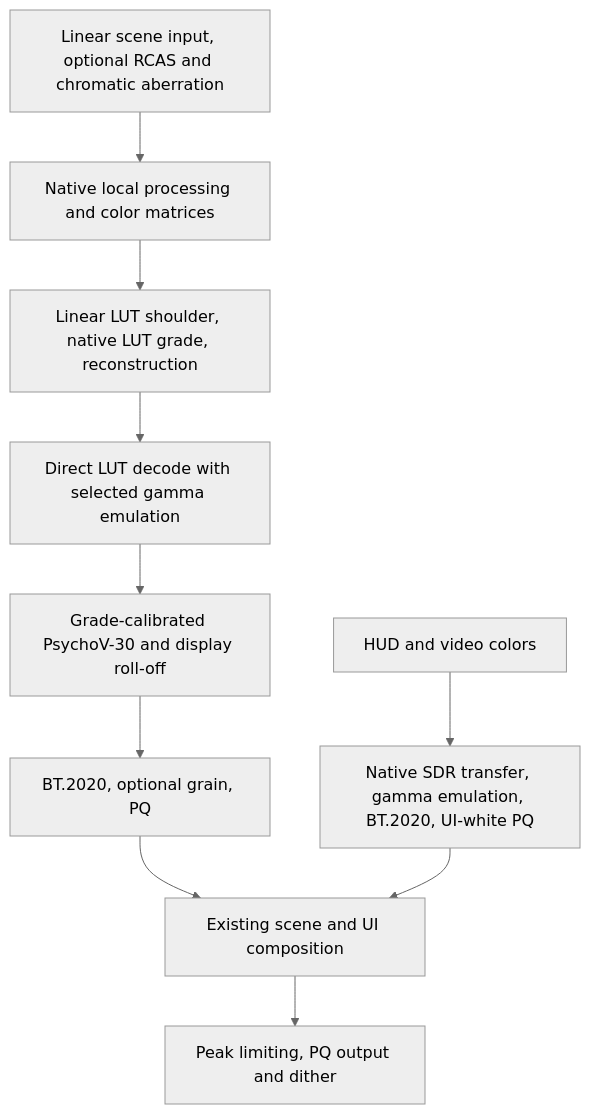
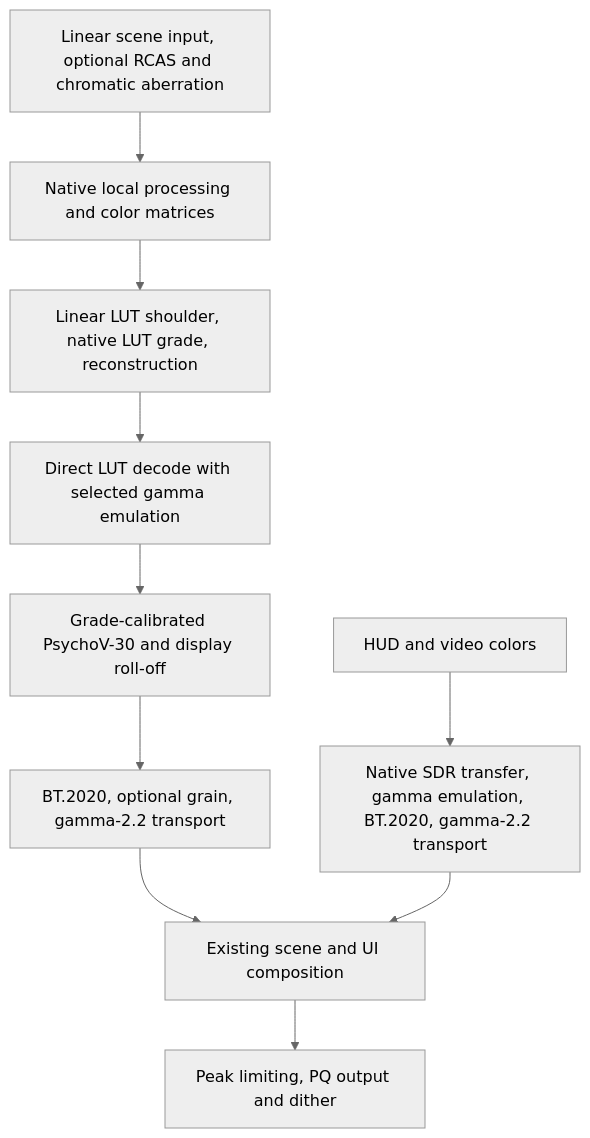
The diagram in src/games/gotsushima/README.md (hartapfel/renodx), drawn with Mermaid (neutral theme) before and after one commit. The commit also changed other lines of this file and 7 other files, not shown here.

Commit message:
[mod:gotsushima] Correct HUD blending with gamma-space composition

````diff
--- a/src/games/gotsushima/README.md
+++ b/src/games/gotsushima/README.md
@@ -81,12 +81,12 @@
 ```mermaid
 flowchart TD
     A[Linear scene input, optional RCAS and chromatic aberration] --> B[Native local processing and color matrices]
     B --> C[Linear LUT shoulder, native LUT grade, reconstruction]
     C --> T[Direct LUT decode with selected gamma emulation]
     T --> D[Grade-calibrated PsychoV-30 and display roll-off]
-    D --> E[BT.2020, optional grain, PQ]
-    U[HUD and video colors] --> V[Native SDR transfer, gamma emulation, BT.2020, UI-white PQ]
+    D --> E[BT.2020, optional grain, gamma-2.2 transport]
+    U[HUD and video colors] --> V[Native SDR transfer, gamma emulation, BT.2020, gamma-2.2 transport]
     E --> F[Existing scene and UI composition]
     V --> F
     F --> G[Peak limiting, PQ output and dither]
 ```
````
